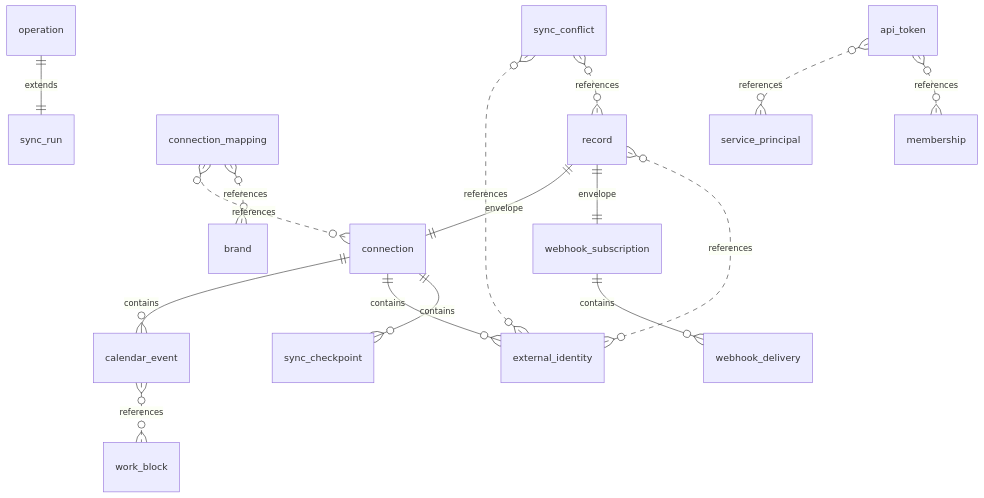
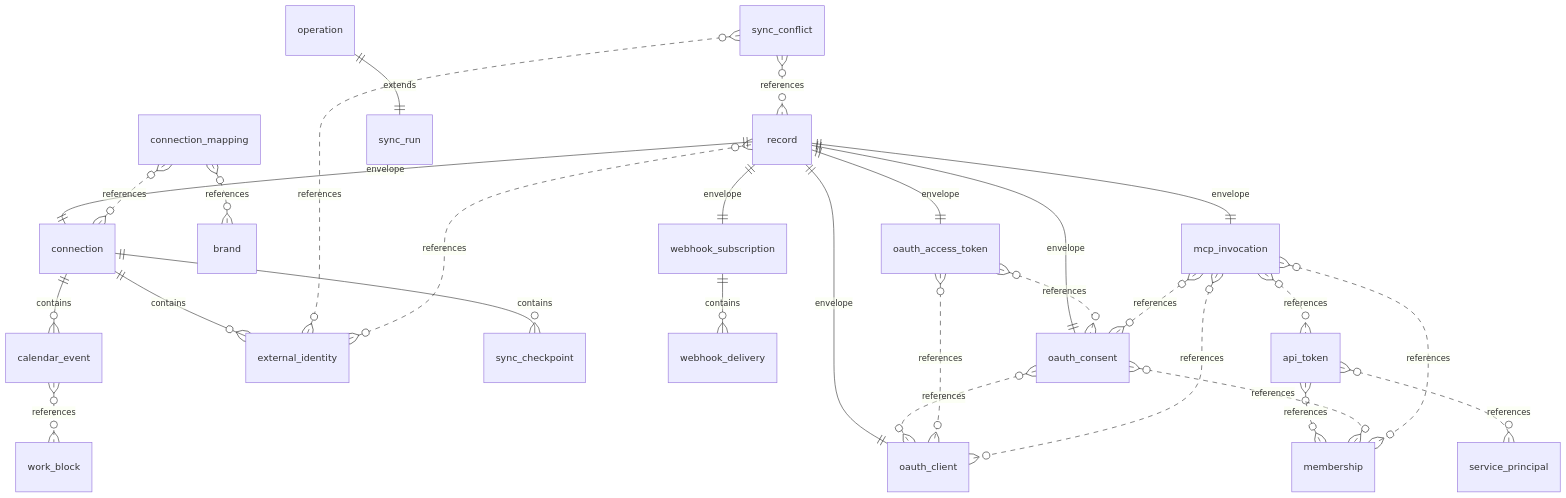
Before and after one commit to KatrielMoses/pm: diagram 22 of 31 in docs/architecture/data/generated/er-diagrams.md, drawn with Mermaid. The commit also changed 48 other files, not shown here.

Commit message:
Implement Phase 6E MCP access foundation

````diff
--- a/docs/architecture/data/generated/er-diagrams.md
+++ b/docs/architecture/data/generated/er-diagrams.md
@@ -326,18 +326,30 @@
 ```mermaid
 erDiagram
   record ||--|| connection : "envelope"
   connection ||--o{ calendar_event : "contains"
   calendar_event }o..o{ work_block : "references"
   connection_mapping }o..o{ connection : "references"
   connection_mapping }o..o{ brand : "references"
   connection ||--o{ external_identity : "contains"
   external_identity }o..o{ record : "references"
   operation ||--|| sync_run : "extends"
   connection ||--o{ sync_checkpoint : "contains"
   sync_conflict }o..o{ external_identity : "references"
   sync_conflict }o..o{ record : "references"
   record ||--|| webhook_subscription : "envelope"
   webhook_subscription ||--o{ webhook_delivery : "contains"
   api_token }o..o{ service_principal : "references"
   api_token }o..o{ membership : "references"
+  record ||--|| oauth_client : "envelope"
+  oauth_consent }o..o{ oauth_client : "references"
+  oauth_consent }o..o{ membership : "references"
+  record ||--|| oauth_consent : "envelope"
+  oauth_access_token }o..o{ oauth_client : "references"
+  oauth_access_token }o..o{ oauth_consent : "references"
+  record ||--|| oauth_access_token : "envelope"
+  mcp_invocation }o..o{ oauth_client : "references"
+  mcp_invocation }o..o{ oauth_consent : "references"
+  mcp_invocation }o..o{ api_token : "references"
+  mcp_invocation }o..o{ membership : "references"
+  record ||--|| mcp_invocation : "envelope"
 ```
````
